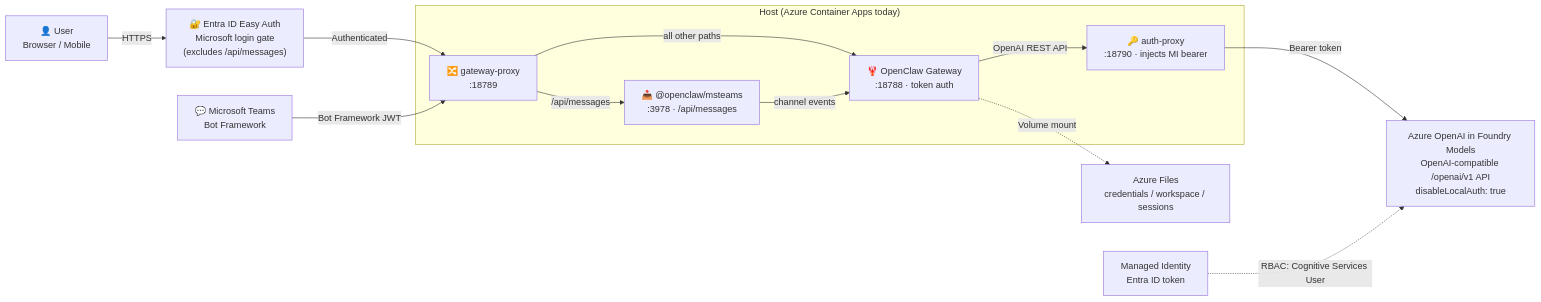
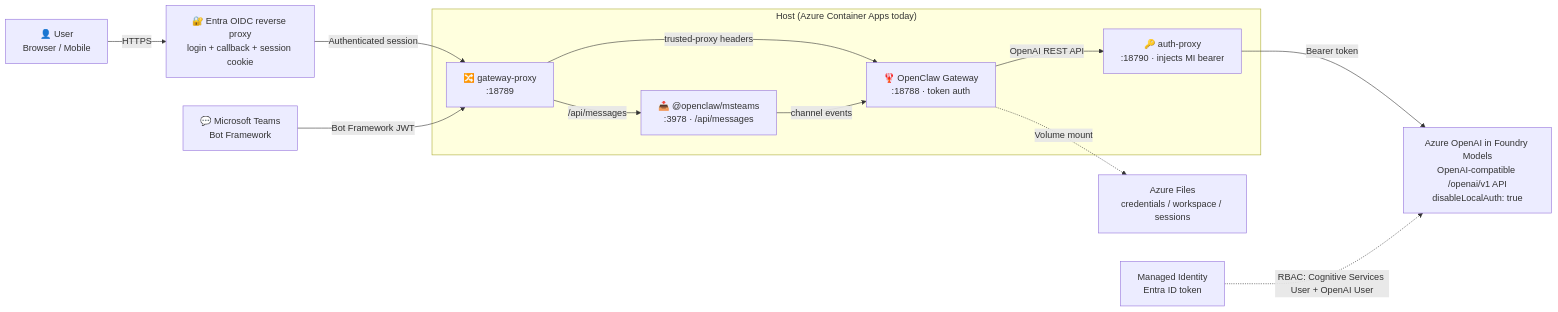
The diagram in README.md (snickler/openclaw-dev), drawn with Mermaid before and after one commit. The commit also changed other lines of this file and 39 other files, not shown here.

````diff
--- a/README.md
+++ b/README.md
@@ -391,26 +420,26 @@
 ```mermaid
 graph LR
     User["👤 User<br/>Browser / Mobile"]
     Teams["💬 Microsoft Teams<br/>Bot Framework"]
-    EasyAuth["🔐 Entra ID Easy Auth<br/>Microsoft login gate<br/>(excludes /api/messages)"]
+    BrowserAuth["🔐 Entra OIDC reverse proxy<br/>login + callback + session cookie"]
     subgraph Host["Host (Azure Container Apps today)"]
         Proxy["🔀 gateway-proxy<br/>:18789"]
         GW["🦞 OpenClaw Gateway<br/>:18788 · token auth"]
         MST["📥 @openclaw/msteams<br/>:3978 · /api/messages"]
         Auth["🔑 auth-proxy<br/>:18790 · injects MI bearer"]
     end
     AOAI["Azure OpenAI in Foundry Models<br/>OpenAI-compatible /openai/v1 API<br/>disableLocalAuth: true"]
     MI["Managed Identity<br/>Entra ID token"]
     AF["Azure Files<br/>credentials / workspace / sessions"]
 
-    User -->|"HTTPS"| EasyAuth
-    EasyAuth -->|"Authenticated"| Proxy
+    User -->|"HTTPS"| BrowserAuth
+    BrowserAuth -->|"Authenticated session"| Proxy
     Teams -->|"Bot Framework JWT"| Proxy
     Proxy -->|"/api/messages"| MST
-    Proxy -->|"all other paths"| GW
+    Proxy -->|"trusted-proxy headers"| GW
     MST -->|"channel events"| GW
     GW -->|"OpenAI REST API"| Auth
     Auth -->|"Bearer token"| AOAI
     GW -.->|"Volume mount"| AF
-    MI -.->|"RBAC: Cognitive Services User"| AOAI
+    MI -.->|"RBAC: Cognitive Services User + OpenAI User"| AOAI
 ```
````
